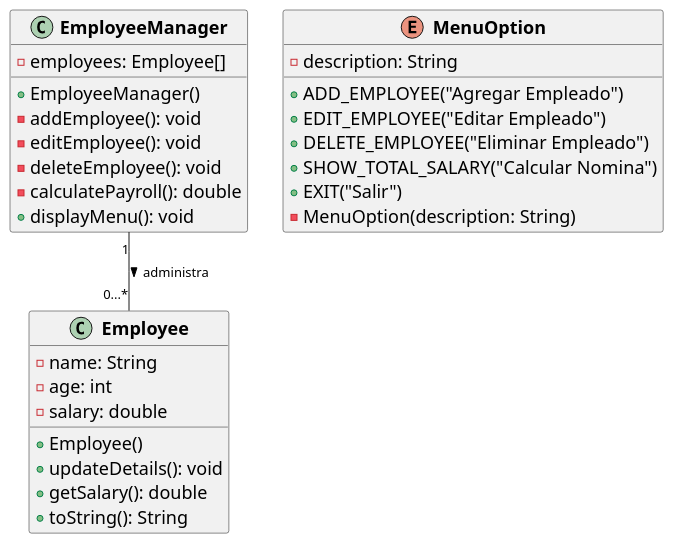
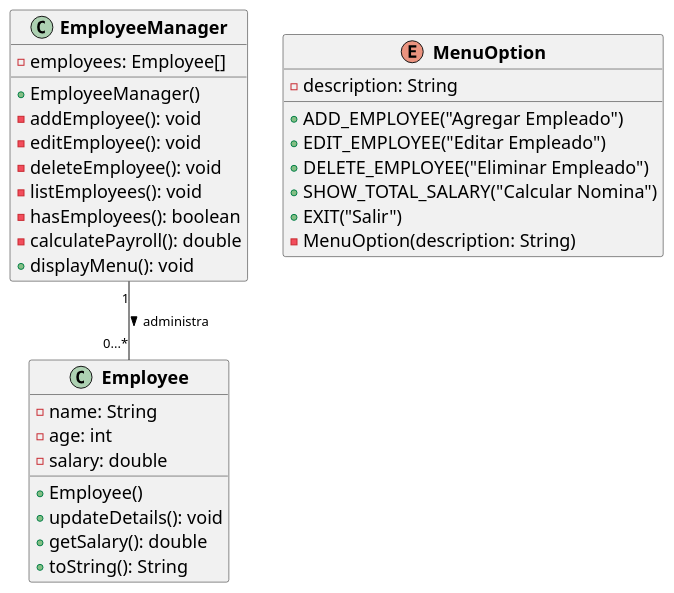
The diagram in Writerside/topics/ejemplo-2.md (jesus-castro89/poo), drawn with PlantUML before and after one commit. The commit also changed other lines of this file and 10 other files, not shown here.

````diff
--- a/Writerside/topics/ejemplo-2.md
+++ b/Writerside/topics/ejemplo-2.md
@@ -20,36 +21,38 @@
 ```plantuml
 @startuml
 skinparam class{
     AttributeFontSize 18
     FontStyle bold
 }
 class Employee {
     - name: String
     - age: int
     - salary: double
     + Employee()
     + updateDetails(): void
     + getSalary(): double
     + toString(): String
 }
 class EmployeeManager {
     - employees: Employee[]
     + EmployeeManager()
     - addEmployee(): void
     - editEmployee(): void
     - deleteEmployee(): void
+    - listEmployees(): void
+    - hasEmployees(): boolean
     - calculatePayroll(): double
     + displayMenu(): void
 }
 enum MenuOption {
     + ADD_EMPLOYEE("Agregar Empleado")
     + EDIT_EMPLOYEE("Editar Empleado")
     + DELETE_EMPLOYEE("Eliminar Empleado")
     + SHOW_TOTAL_SALARY("Calcular Nomina")
     + EXIT("Salir")
     - description: String
     - MenuOption(description: String)
 }
 EmployeeManager "1" -- "0...*" Employee : administra >
 @enduml
 ```
````
